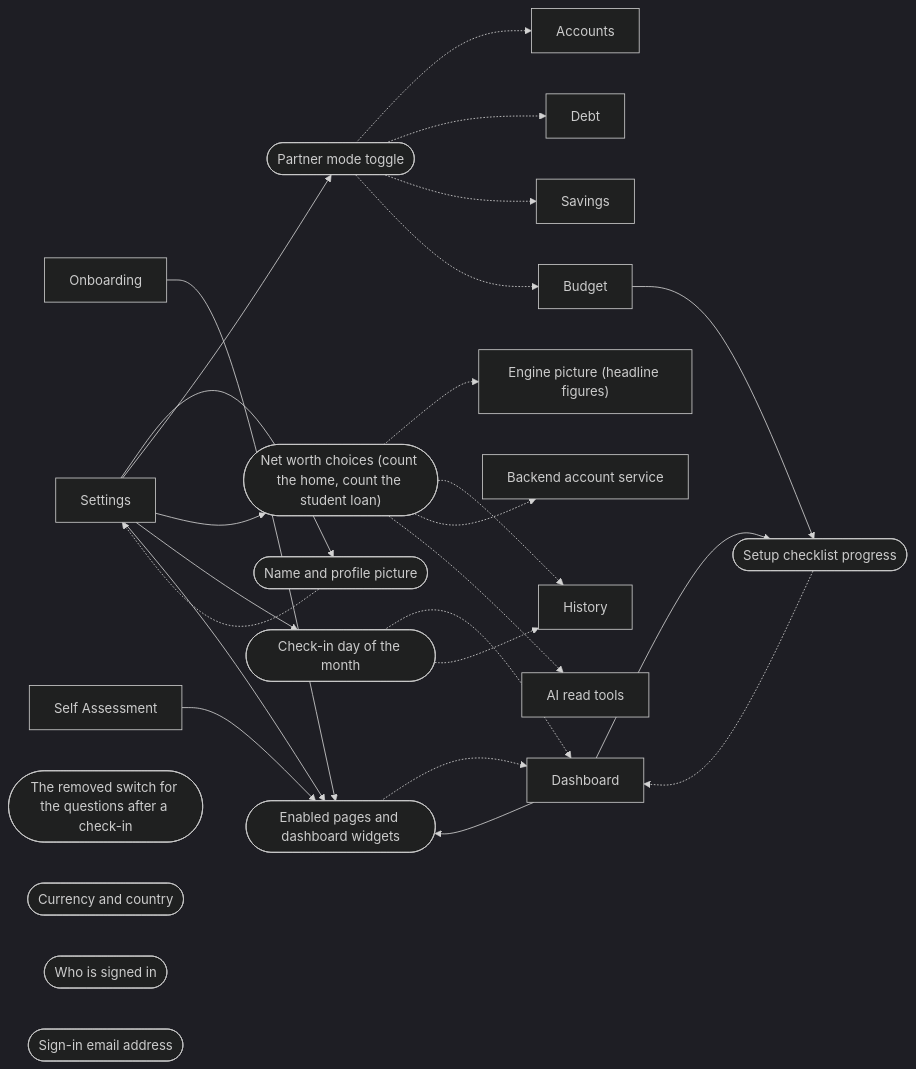
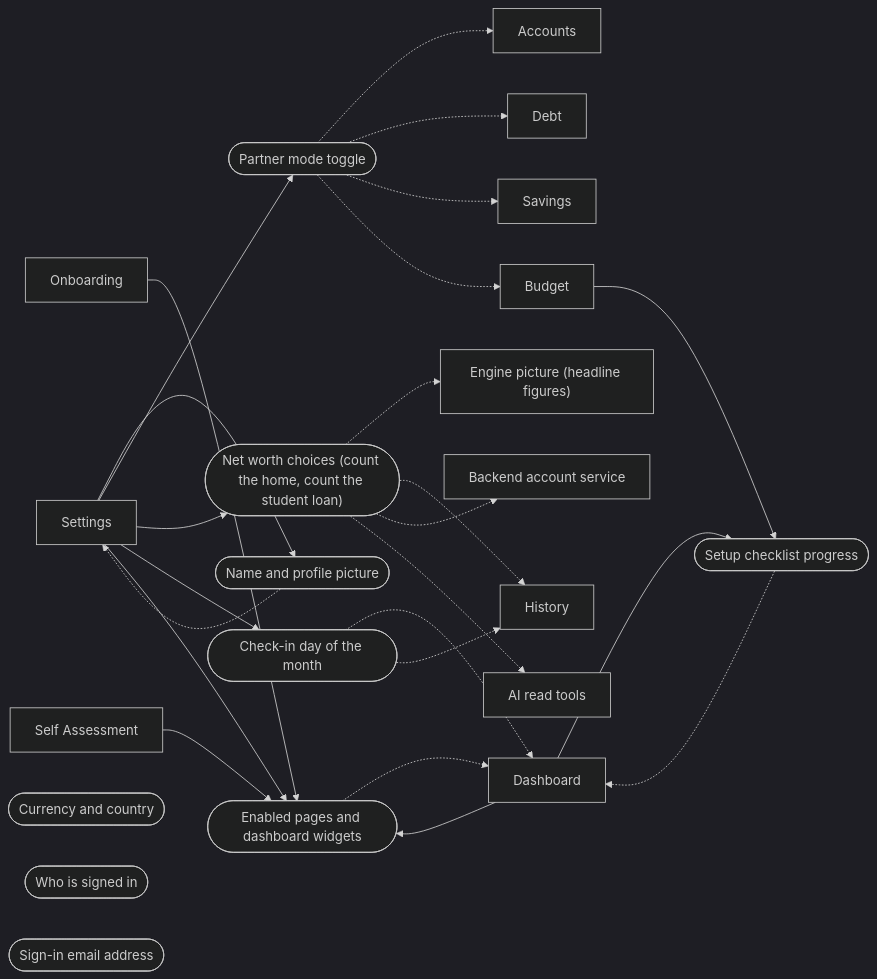
One commit to mgallagher56/flump changed the fourth of 8 diagrams in docs/system/generated/connections.md. Above: the diagram before and after it, drawn with Mermaid (dark theme). The commit also changed other lines of this file and 23 other files, not shown here.

First line of the commit message:
feat(backend): drop the wellbeing_answers table and the switch column

````diff
--- a/docs/system/generated/connections.md
+++ b/docs/system/generated/connections.md
@@ -407,48 +405,47 @@
 ```mermaid
 flowchart LR
   s_onboarding["Onboarding"]
   s_dashboard["Dashboard"]
   s_accounts["Accounts"]
   s_history["History"]
   s_budget["Budget"]
   s_savings["Savings"]
   s_debt["Debt"]
   s_self_assessment["Self Assessment"]
   s_settings["Settings"]
   s_picture["Engine picture (headline figures)"]
   s_account_service["Backend account service"]
   s_mcp_read["AI read tools"]
   f_name_and_avatar(["Name and profile picture"])
   s_settings --> f_name_and_avatar
   f_name_and_avatar -.-> s_settings
   f_partner_mode(["Partner mode toggle"])
   s_settings --> f_partner_mode
   f_partner_mode -.-> s_accounts
   f_partner_mode -.-> s_debt
   f_partner_mode -.-> s_savings
   f_partner_mode -.-> s_budget
   f_net_worth_choices(["Net worth choices (count the home, count the student loan)"])
   s_settings --> f_net_worth_choices
   f_net_worth_choices -.-> s_picture
   f_net_worth_choices -.-> s_history
   f_net_worth_choices -.-> s_account_service
   f_net_worth_choices -.-> s_mcp_read
-  f_wellbeing_questions_switch(["The removed switch for the questions after a check-in"])
   f_check_in_day(["Check-in day of the month"])
   s_settings --> f_check_in_day
   f_check_in_day -.-> s_dashboard
   f_check_in_day -.-> s_history
   f_enabled_pages_and_widgets(["Enabled pages and dashboard widgets"])
   s_settings --> f_enabled_pages_and_widgets
   s_onboarding --> f_enabled_pages_and_widgets
   s_self_assessment --> f_enabled_pages_and_widgets
   s_dashboard --> f_enabled_pages_and_widgets
   f_enabled_pages_and_widgets -.-> s_dashboard
   f_setup_checklist(["Setup checklist progress"])
   s_dashboard --> f_setup_checklist
   s_budget --> f_setup_checklist
   f_setup_checklist -.-> s_dashboard
   f_currency_and_country(["Currency and country"])
   f_sign_in_identity(["Who is signed in"])
   f_sign_in_email(["Sign-in email address"])
 ```
````
